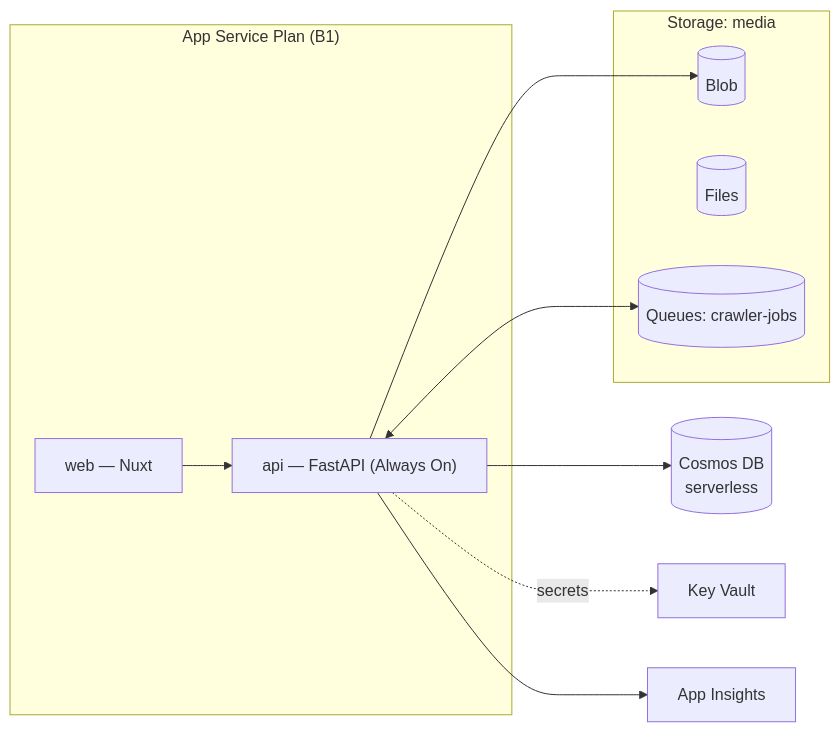
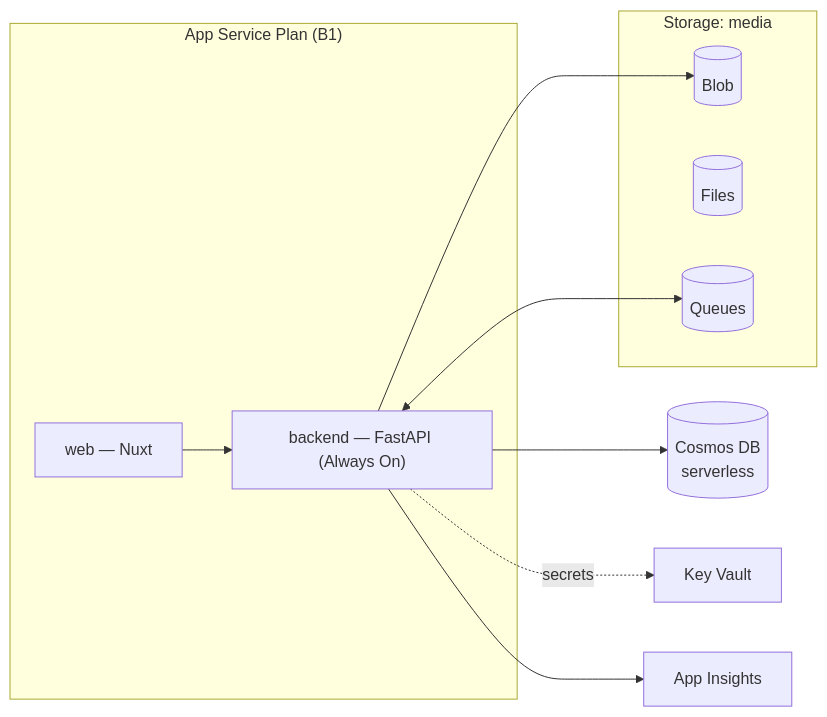
One commit to datntdev0/toolbox-media-studio changed the diagram in docs/deployment.md. Above: the diagram before and after it, drawn with Mermaid. The commit also changed other lines of this file and 6 other files, not shown here.

````diff
--- a/docs/deployment.md
+++ b/docs/deployment.md
@@ -35,22 +35,22 @@
 ```mermaid
 flowchart LR
     subgraph Plan["App Service Plan (B1)"]
         Web["web — Nuxt"]
-        Api["api — FastAPI (Always On)"]
+        Backend["backend — FastAPI (Always On)"]
     end
     subgraph Media["Storage: media"]
         Blob[(Blob)]
         Files[(Files)]
-        Q[(Queues: crawler-jobs)]
+        Q[(Queues)]
     end
     Cosmos[("Cosmos DB<br/>serverless")]
     KV["Key Vault"]
     AI["App Insights"]
 
-    Web --> Api
-    Api --> Cosmos
-    Api --> Blob
-    Api <--> Q
-    Api -. secrets .-> KV
-    Api --> AI
+    Web --> Backend
+    Backend --> Cosmos
+    Backend --> Blob
+    Backend <--> Q
+    Backend -. secrets .-> KV
+    Backend --> AI
 ```
````
